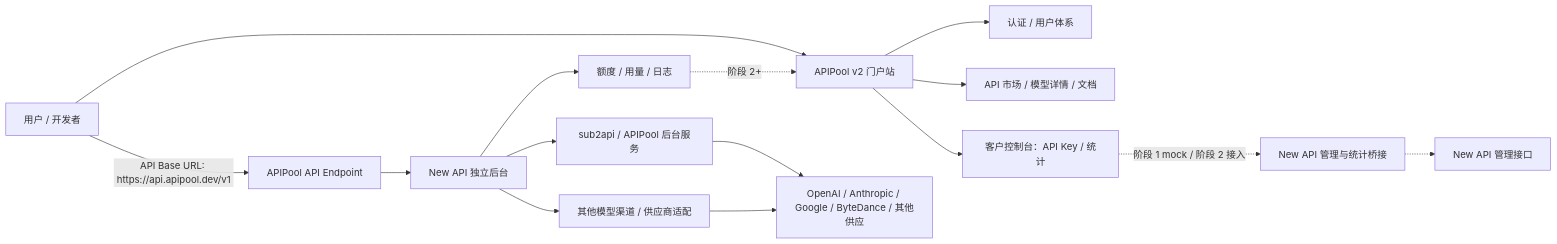
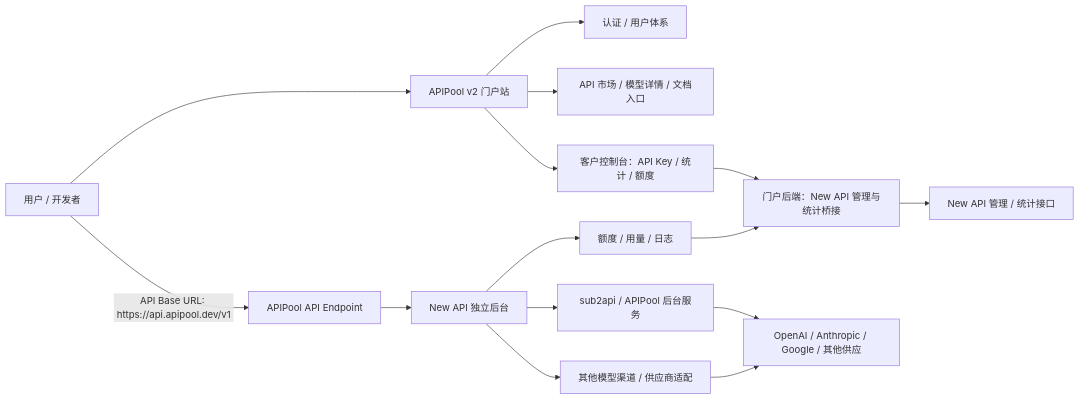
One commit to AFreeCoder/apipool-v2 changed the diagram in docs/superpowers/specs/2026-05-15-apipool-v2-brand-upgrade-design.md. Above: the diagram before and after it, drawn with Mermaid. The commit also changed other lines of this file and 2 other files, not shown here.

Commit message:
docs: make New API integration part of v1

````diff
--- a/docs/superpowers/specs/2026-05-15-apipool-v2-brand-upgrade-design.md
+++ b/docs/superpowers/specs/2026-05-15-apipool-v2-brand-upgrade-design.md
@@ -53,17 +53,17 @@
 ```mermaid
 flowchart LR
   User["用户 / 开发者"] --> Portal["APIPool v2 门户站"]
   Portal --> Auth["认证 / 用户体系"]
-  Portal --> Catalog["API 市场 / 模型详情 / 文档"]
-  Portal --> Console["客户控制台：API Key / 统计"]
-  Console -. "阶段 1 mock / 阶段 2 接入" .-> NewAPIBridge["New API 管理与统计桥接"]
-  NewAPIBridge -.-> NewAPIAdmin["New API 管理接口"]
+  Portal --> Catalog["API 市场 / 模型详情 / 文档入口"]
+  Portal --> Console["客户控制台：API Key / 统计 / 额度"]
+  Console --> Bridge["门户后端：New API 管理与统计桥接"]
+  Bridge --> NewAPIAdmin["New API 管理 / 统计接口"]
   User -->|"API Base URL: https://api.apipool.dev/v1"| PublicAPI["APIPool API Endpoint"]
   PublicAPI --> NewAPI["New API 独立后台"]
   NewAPI --> Sub2API["sub2api / APIPool 后台服务"]
   NewAPI --> OtherChannels["其他模型渠道 / 供应商适配"]
-  Sub2API --> Providers["OpenAI / Anthropic / Google / ByteDance / 其他供应"]
+  Sub2API --> Providers["OpenAI / Anthropic / Google / 其他供应"]
   OtherChannels --> Providers
   NewAPI --> Usage["额度 / 用量 / 日志"]
-  Usage -. "阶段 2+" .-> Portal
+  Usage --> Bridge
 ```
````
